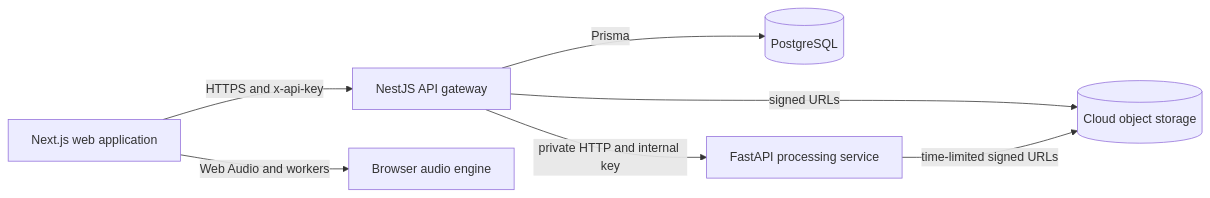
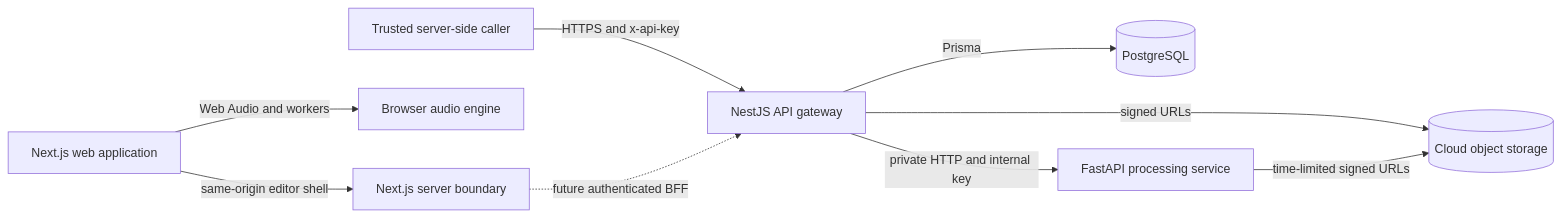
The diagram in docs/ARCHITECTURE.md (leather147/AudioMass), drawn with Mermaid before and after one commit. The commit also changed other lines of this file and 59 other files, not shown here.

Commit message:
Refactor AudioMass architecture and localization

````diff
--- a/docs/ARCHITECTURE.md
+++ b/docs/ARCHITECTURE.md
@@ -7,9 +7,11 @@
 ```mermaid
 flowchart LR
-  Browser[Next.js web application] -->|HTTPS and x-api-key| Gateway[NestJS API gateway]
+  Browser[Next.js web application] -->|same-origin editor shell| Web[Next.js server boundary]
   Browser -->|Web Audio and workers| Engine[Browser audio engine]
+  Trusted[Trusted server-side caller] -->|HTTPS and x-api-key| Gateway[NestJS API gateway]
+  Web -. future authenticated BFF .-> Gateway
   Gateway -->|Prisma| Postgres[(PostgreSQL)]
   Gateway -->|signed URLs| Storage[(Cloud object storage)]
   Gateway -->|private HTTP and internal key| Python[FastAPI processing service]
   Python -->|time-limited signed URLs| Storage
 ```
````
